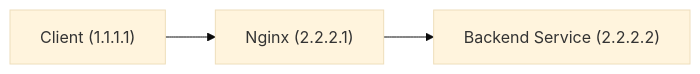
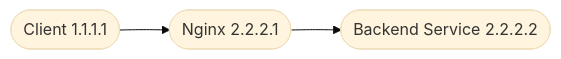
The first of 3 diagrams in app/posts/nginx-get-real-ip/page.mdx (doveyoung1126/my-nextra), drawn with Mermaid (base theme) before and after one commit. The commit also changed other lines of this file and 1 other file, not shown here.

Commit message:
fix(mermaid): fix flowchart disappeared when press any key in mdx page

````diff
--- a/app/posts/nginx-get-real-ip/page.mdx
+++ b/app/posts/nginx-get-real-ip/page.mdx
@@ -14,4 +14,4 @@
 ```mermaid
-graph LR;
-    Client["Client (1.1.1.1)"] -->Nginx["Nginx (2.2.2.1)"]-->Service["Backend Service (2.2.2.2)"];
+flowchart LR
+    Client([Client 1.1.1.1])-->Nginx([Nginx 2.2.2.1])-->Service([Backend Service 2.2.2.2])
 ```
````
